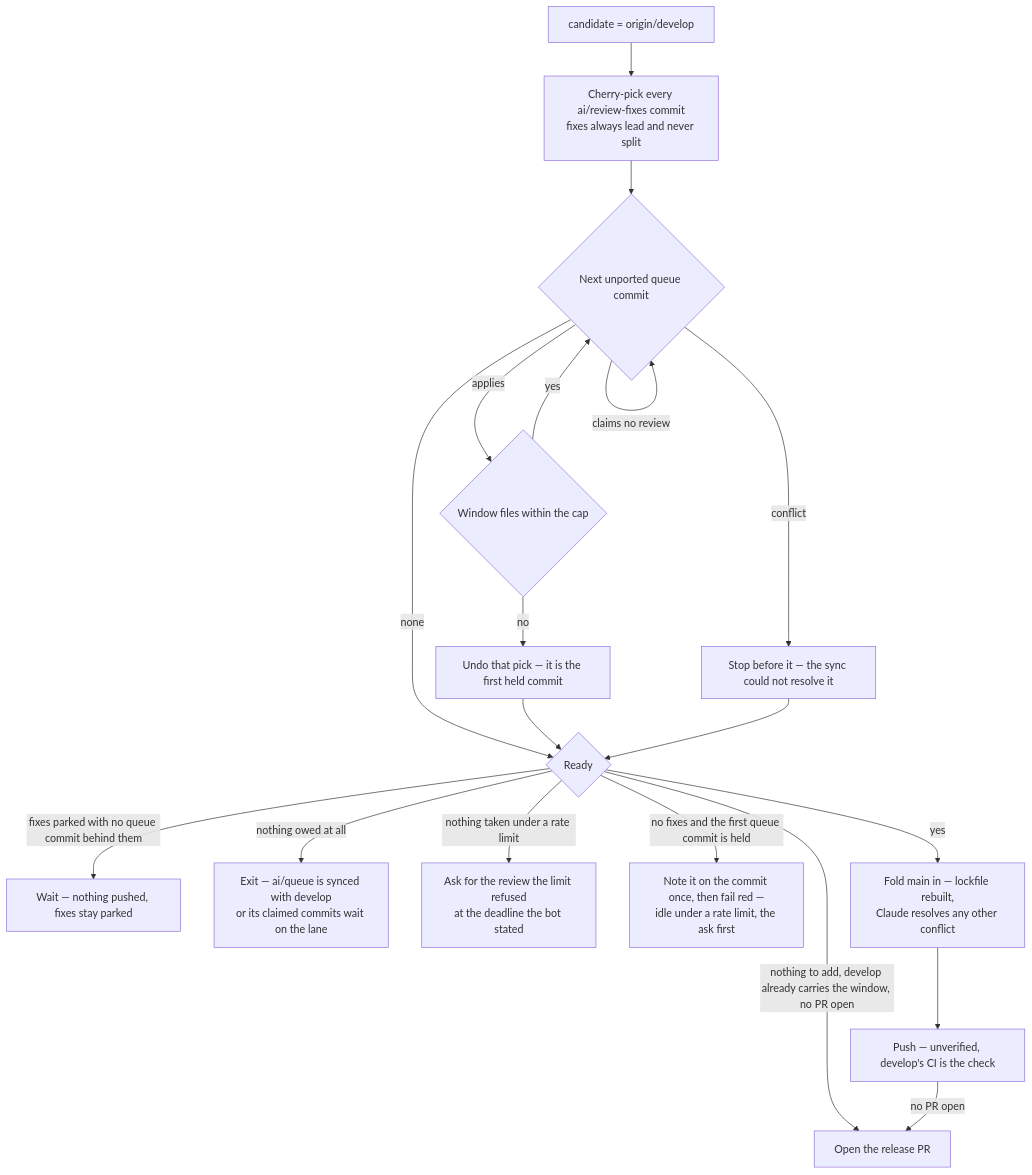
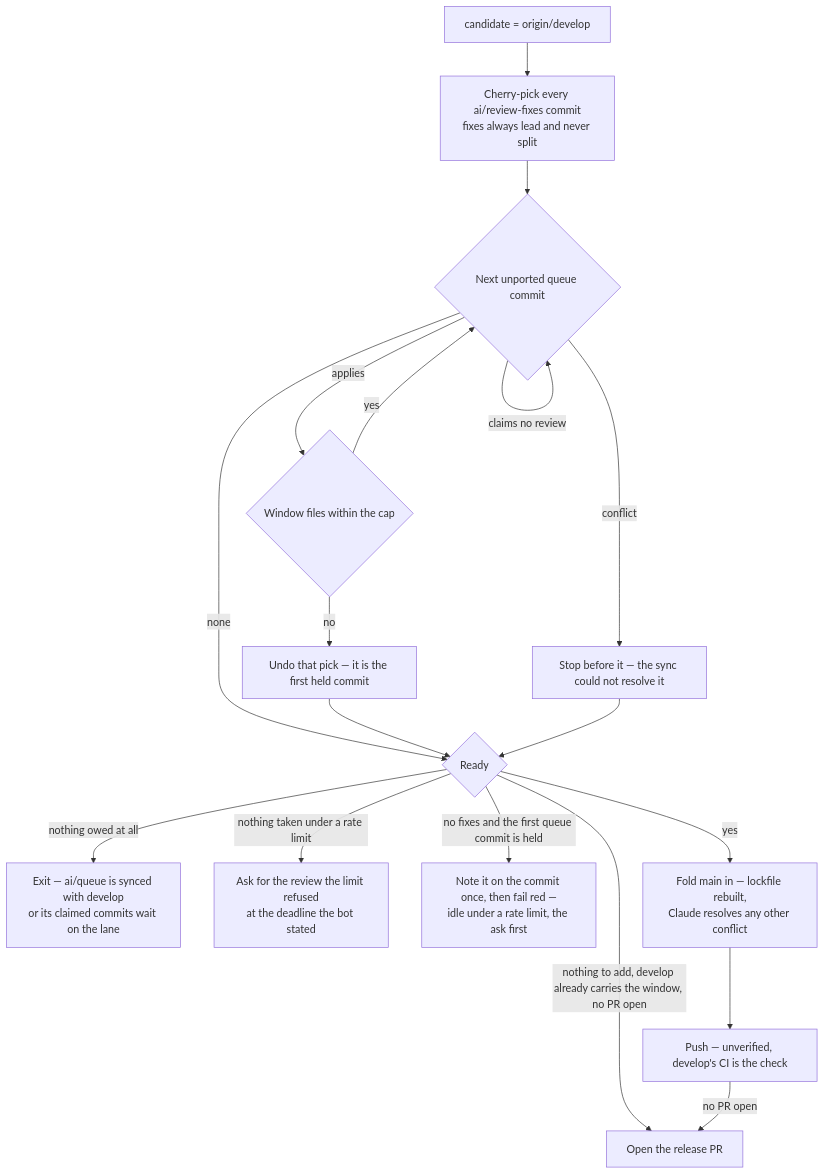
The fourth of 4 diagrams in apps/web/content/docs/infra/review-collector/collection-cycle.md (Esposter/Esposter), drawn with Mermaid before and after one commit. The commit also changed other lines of this file and 13 other files, not shown here.

````diff
--- a/apps/web/content/docs/infra/review-collector/collection-cycle.md
+++ b/apps/web/content/docs/infra/review-collector/collection-cycle.md
@@ -124,20 +124,19 @@
 ```mermaid
 flowchart TD
   C[candidate = origin/develop] --> FX[Cherry-pick every ai/review-fixes commit<br/>fixes always lead and never split]
   FX --> Q{Next unported queue commit}
   Q -->|claims no review| Q
   Q -->|none| RD
   Q -->|conflict| H[Stop before it — the sync could not resolve it]
   Q -->|applies| M{Window files within the cap}
   M -->|yes| Q
   M -->|no| U[Undo that pick — it is the first held commit]
   U --> RD
   H --> RD{Ready}
-  RD -->|fixes parked with no queue commit behind them| W[Wait — nothing pushed, fixes stay parked]
   RD -->|nothing owed at all| N[Exit — ai/queue is synced with develop<br/>or its claimed commits wait on the lane]
   RD -->|nothing taken under a rate limit| AK[Ask for the review the limit refused<br/>at the deadline the bot stated]
   RD -->|no fixes and the first queue commit is held| F[Note it on the commit once, then fail red —<br/>idle under a rate limit, the ask first]
   RD -->|nothing to add, develop already carries the window, no PR open| OP[Open the release PR]
   RD -->|yes| FM[Fold main in — lockfile rebuilt,<br/>Claude resolves any other conflict] --> P[Push — unverified, develop's CI is the check]
   P -->|no PR open| OP
 ```
````
